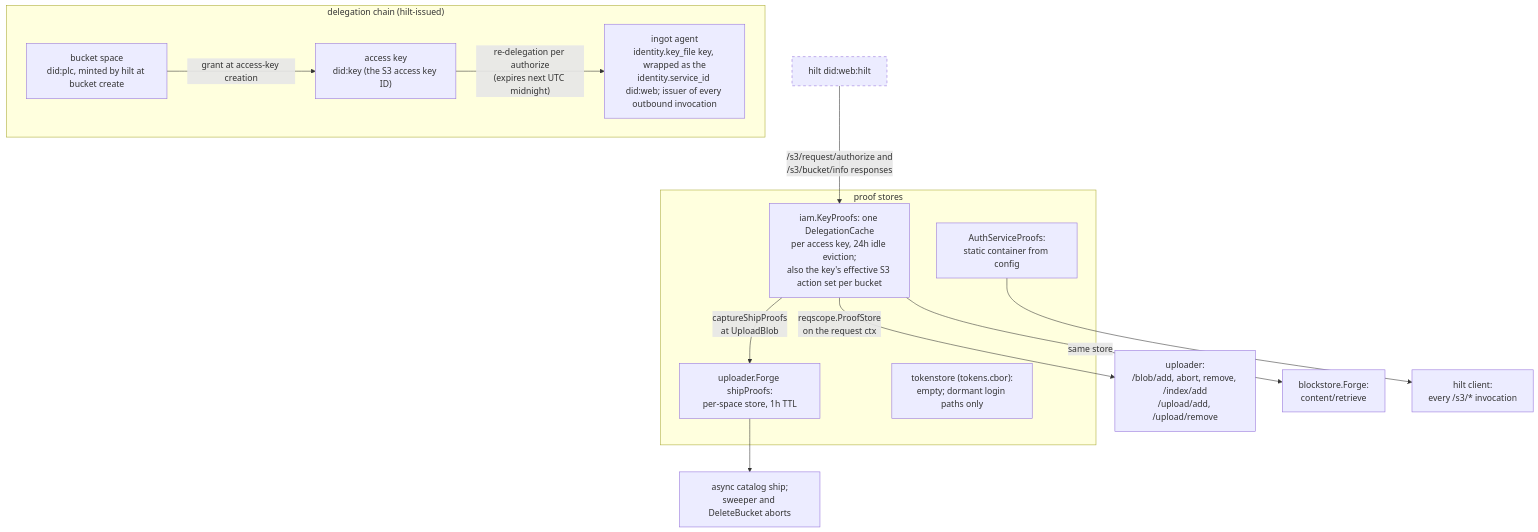
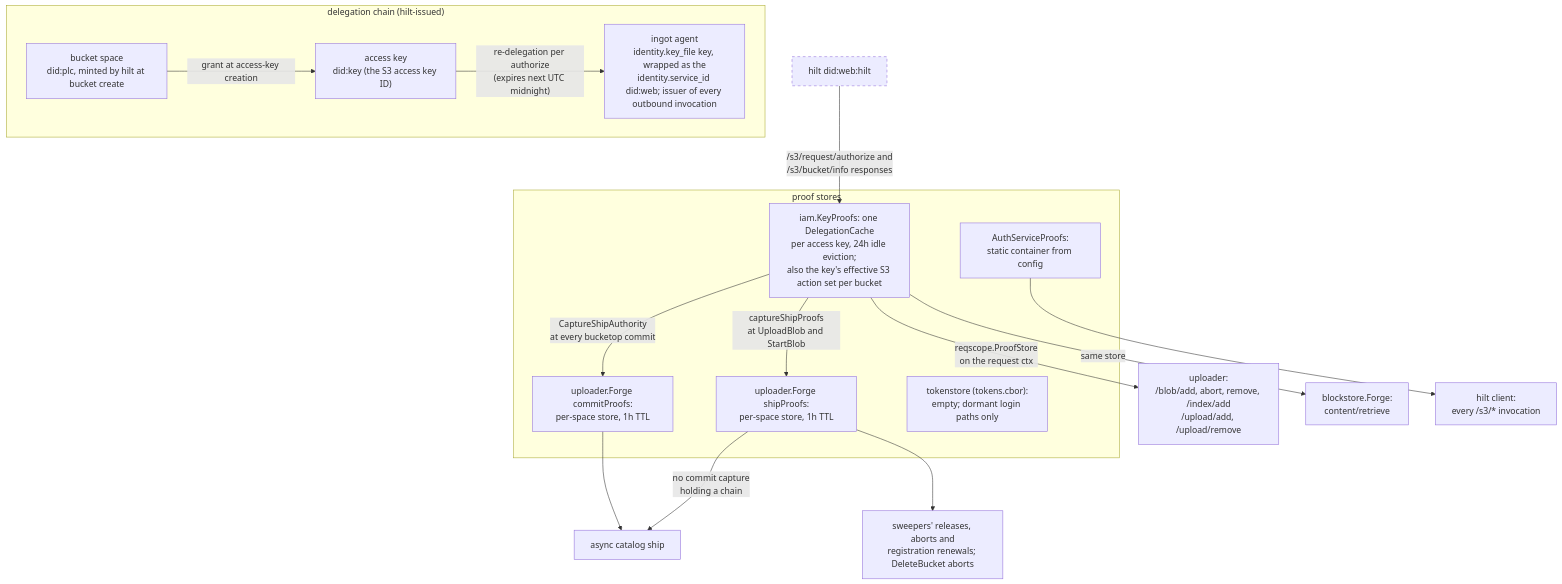
One commit to fil-forge/ingot changed diagram 12 of 15 in docs/diagrams.md. Above: the diagram before and after it, drawn with Mermaid. The commit also changed other lines of this file and 13 other files, not shown here.

First line of the commit message:
Capture ship authority on every write, not only body uploads (#304)

````diff
--- a/docs/diagrams.md
+++ b/docs/diagrams.md
@@ -899,28 +901,32 @@
 ```mermaid
 flowchart TB
     subgraph chain["delegation chain (hilt-issued)"]
         space["bucket space<br/>did:plc, minted by hilt at bucket create"]
         ak["access key<br/>did:key (the S3 access key ID)"]
         agent["ingot agent<br/>identity.key_file key, wrapped as the<br/>identity.service_id did:web; issuer of every outbound invocation"]
         space -->|"grant at access-key creation"| ak
         ak -->|"re-delegation per authorize<br/>(expires next UTC midnight)"| agent
     end
 
     hilt["hilt did:web:hilt"] -->|"/s3/request/authorize and<br/>/s3/bucket/info responses"| kp
 
     subgraph stores["proof stores"]
         kp["iam.KeyProofs: one DelegationCache<br/>per access key, 24h idle eviction;<br/>also the key's effective S3 action set per bucket"]
         ship["uploader.Forge shipProofs:<br/>per-space store, 1h TTL"]
+        commit["uploader.Forge commitProofs:<br/>per-space store, 1h TTL"]
         static["AuthServiceProofs:<br/>static container from config"]
         tok["tokenstore (tokens.cbor):<br/>empty; dormant login paths only"]
     end
 
     kp -->|"reqscope.ProofStore<br/>on the request ctx"| writes["uploader:<br/>/blob/add, abort, remove, /index/add<br/>/upload/add, /upload/remove"]
     kp -->|"same store"| reads["blockstore.Forge:<br/>content/retrieve"]
-    kp -->|"captureShipProofs<br/>at UploadBlob"| ship
-    ship --> async["async catalog ship;<br/>sweeper and DeleteBucket aborts"]
+    kp -->|"captureShipProofs<br/>at UploadBlob and StartBlob"| ship
+    kp -->|"CaptureShipAuthority<br/>at every bucketop commit"| commit
+    commit --> catship["async catalog ship"]
+    ship -->|"no commit capture<br/>holding a chain"| catship
+    ship --> async["sweepers' releases, aborts and<br/>registration renewals; DeleteBucket aborts"]
     static --> hc["hilt client:<br/>every /s3/* invocation"]
 
     classDef external stroke-dasharray: 5 5
     class hilt external
 ```
````
